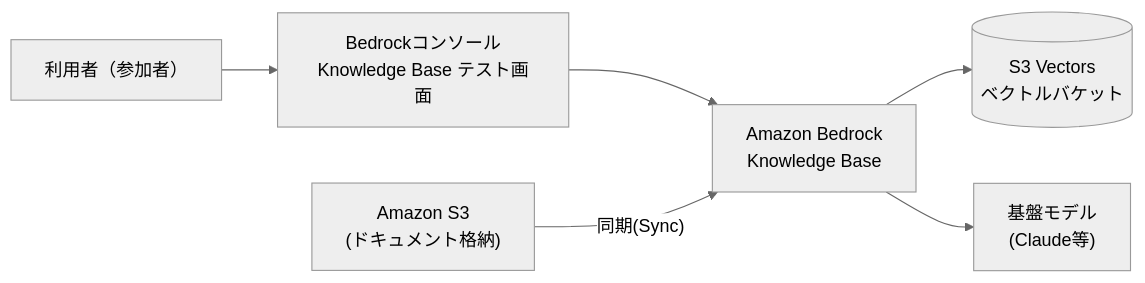
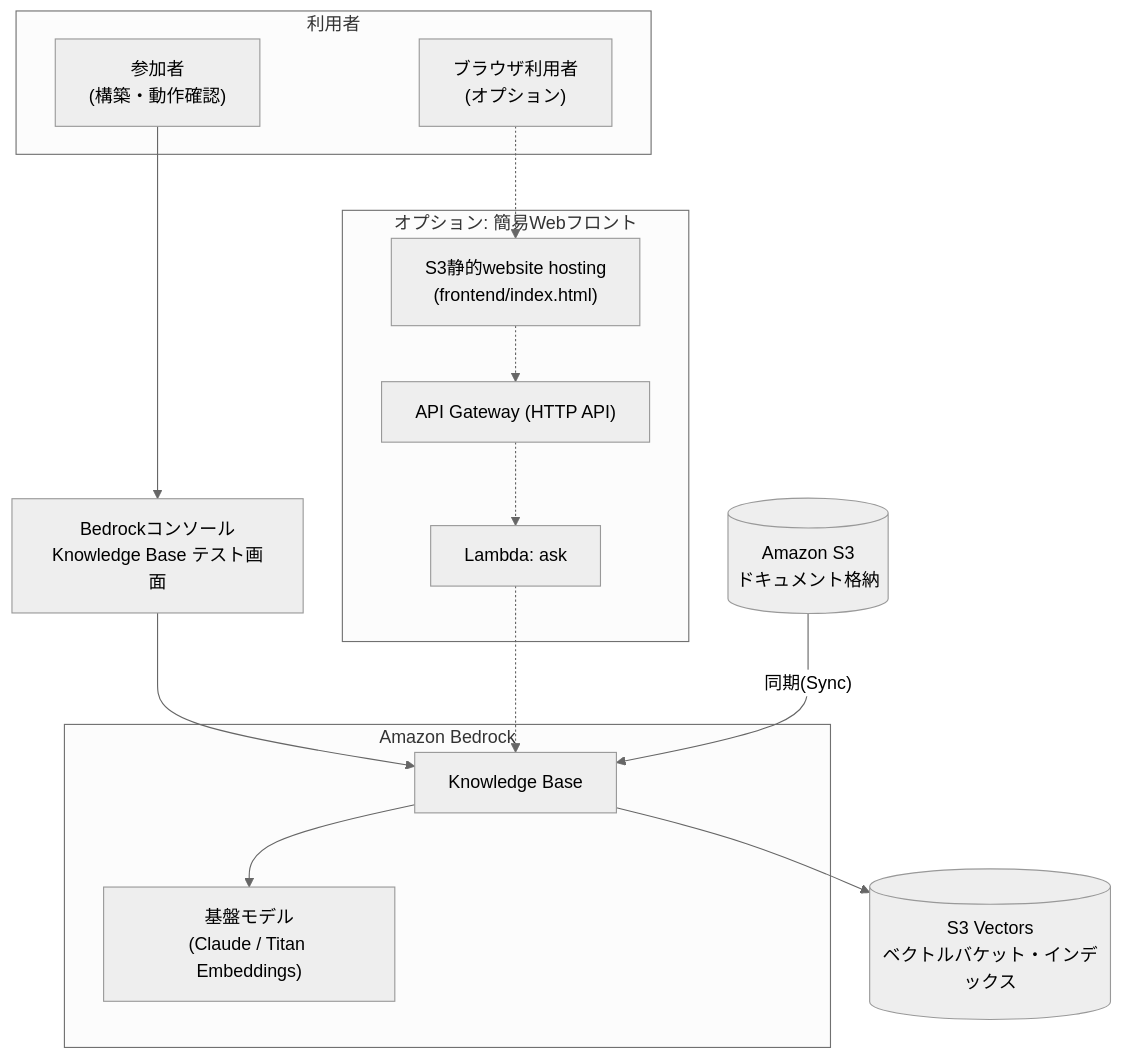
The diagram in README.md (TetsuSuzu/quest-aws-chatbot-basic), drawn with Mermaid (neutral theme) before and after one commit. The commit also changed other lines of this file, not shown here.

First line of the commit message:
Expand console steps to menu/button-level detail and add a combined architecture diagram

````diff
--- a/README.md
+++ b/README.md
@@ -21,8 +21,29 @@
 ```mermaid
-flowchart LR
-    User["利用者（参加者）"] --> Console["Bedrockコンソール\nKnowledge Base テスト画面"]
-    Console --> KB["Amazon Bedrock\nKnowledge Base"]
-    KB --> S3V[("S3 Vectors\nベクトルバケット")]
-    KB --> Model["基盤モデル\n(Claude等)"]
-    S3["Amazon S3\n(ドキュメント格納)"] -- "同期(Sync)" --> KB
+flowchart TB
+    subgraph Client["利用者"]
+        Participant["参加者\n(構築・動作確認)"]
+        WebUser["ブラウザ利用者\n(オプション)"]
+    end
+
+    Console["Bedrockコンソール\nKnowledge Base テスト画面"]
+
+    subgraph OptionalWeb["オプション: 簡易Webフロント"]
+        S3Front["S3静的website hosting\n(frontend/index.html)"]
+        APIGW["API Gateway (HTTP API)"]
+        Lambda["Lambda: ask"]
+    end
+
+    subgraph BedrockBox["Amazon Bedrock"]
+        KB["Knowledge Base"]
+        Model["基盤モデル\n(Claude / Titan Embeddings)"]
+    end
+
+    S3Docs[("Amazon S3\nドキュメント格納")]
+    S3V[("S3 Vectors\nベクトルバケット・インデックス")]
+
+    Participant --> Console --> KB
+    WebUser -.-> S3Front -.-> APIGW -.-> Lambda -.-> KB
+    S3Docs -- "同期(Sync)" --> KB
+    KB --> S3V
+    KB --> Model
 ```
````
